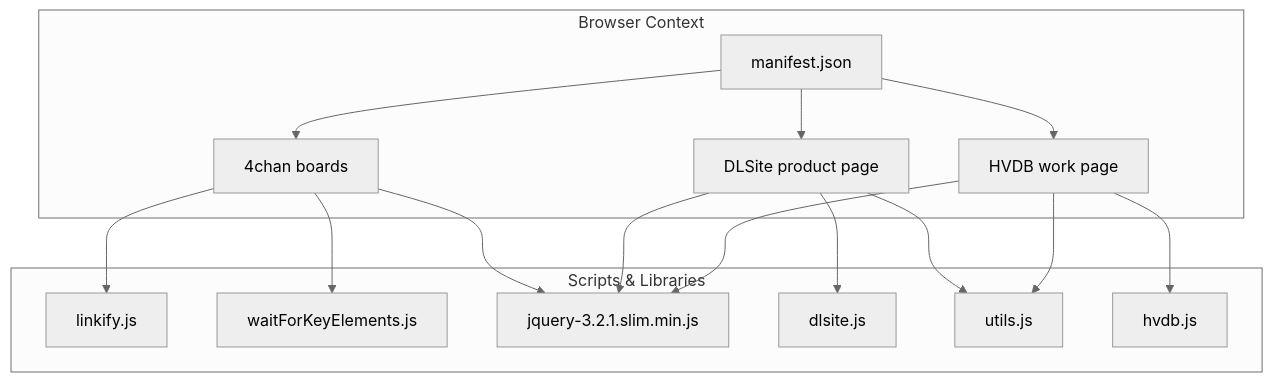
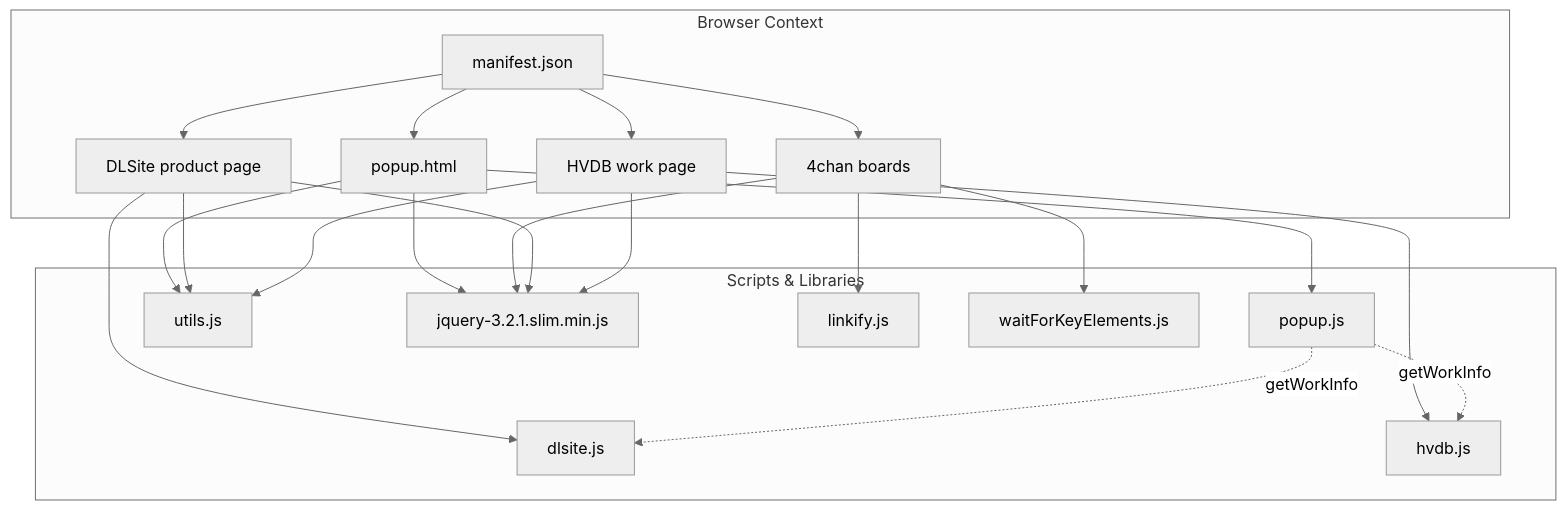
Before and after one commit to darkfeline/dlrj: the diagram in AGENTS.md, drawn with Mermaid (neutral theme). The commit also changed other lines of this file and 7 other files, not shown here.

````diff
--- a/AGENTS.md
+++ b/AGENTS.md
@@ -25,22 +27,30 @@
 ```mermaid
 graph TD
     subgraph Browser Context
-        M[manifest.json] --> CS1[4chan boards]
+        M[manifest.json] --> P[popup.html]
+        M --> CS1[4chan boards]
         M --> CS2[DLSite product page]
         M --> CS3[HVDB work page]
     end
 
     subgraph Scripts & Libraries
+        P --> popup[popup.js]
+        P --> utils[utils.js]
+        P --> jq[jquery-3.2.1.slim.min.js]
+
         CS1 --> linkify[linkify.js]
         CS1 --> wait[waitForKeyElements.js]
-        CS1 --> jq[jquery-3.2.1.slim.min.js]
+        CS1 --> jq
         
         CS2 --> dlsite[dlsite.js]
-        CS2 --> utils[utils.js]
+        CS2 --> utils
         CS2 --> jq
         
         CS3 --> hvdb[hvdb.js]
         CS3 --> utils
         CS3 --> jq
+
+        popup -. getWorkInfo .-> dlsite
+        popup -. getWorkInfo .-> hvdb
     end
 ```
````
